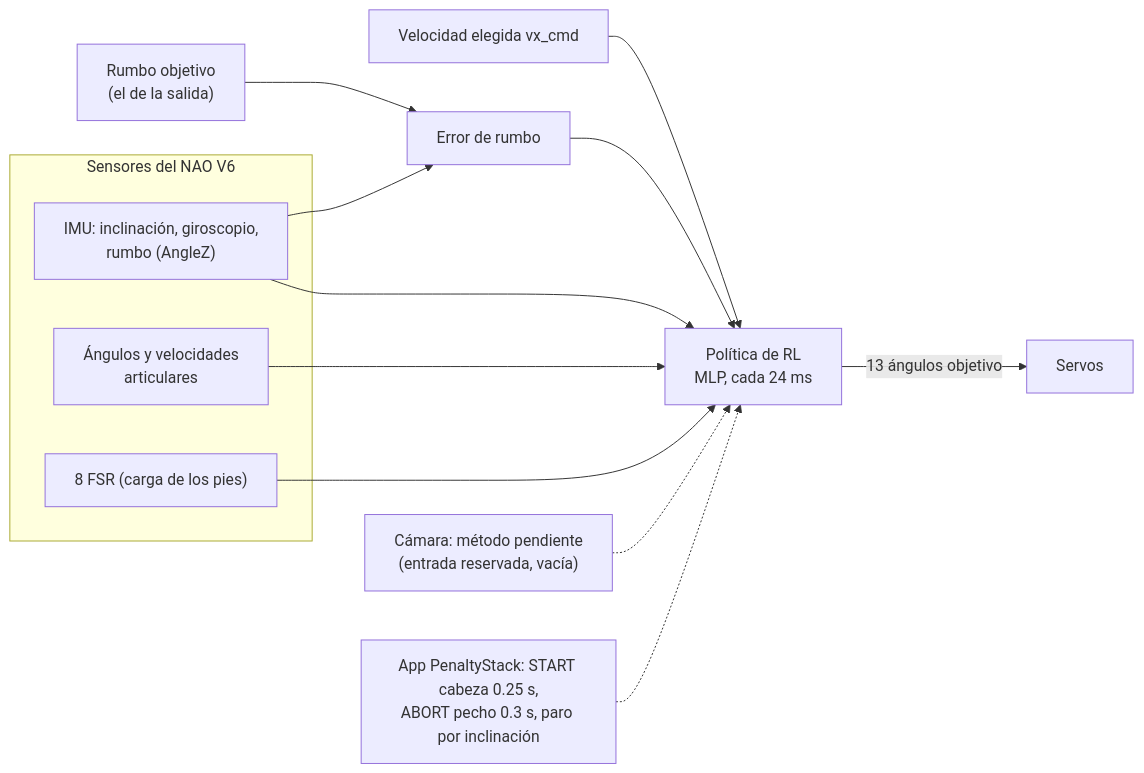
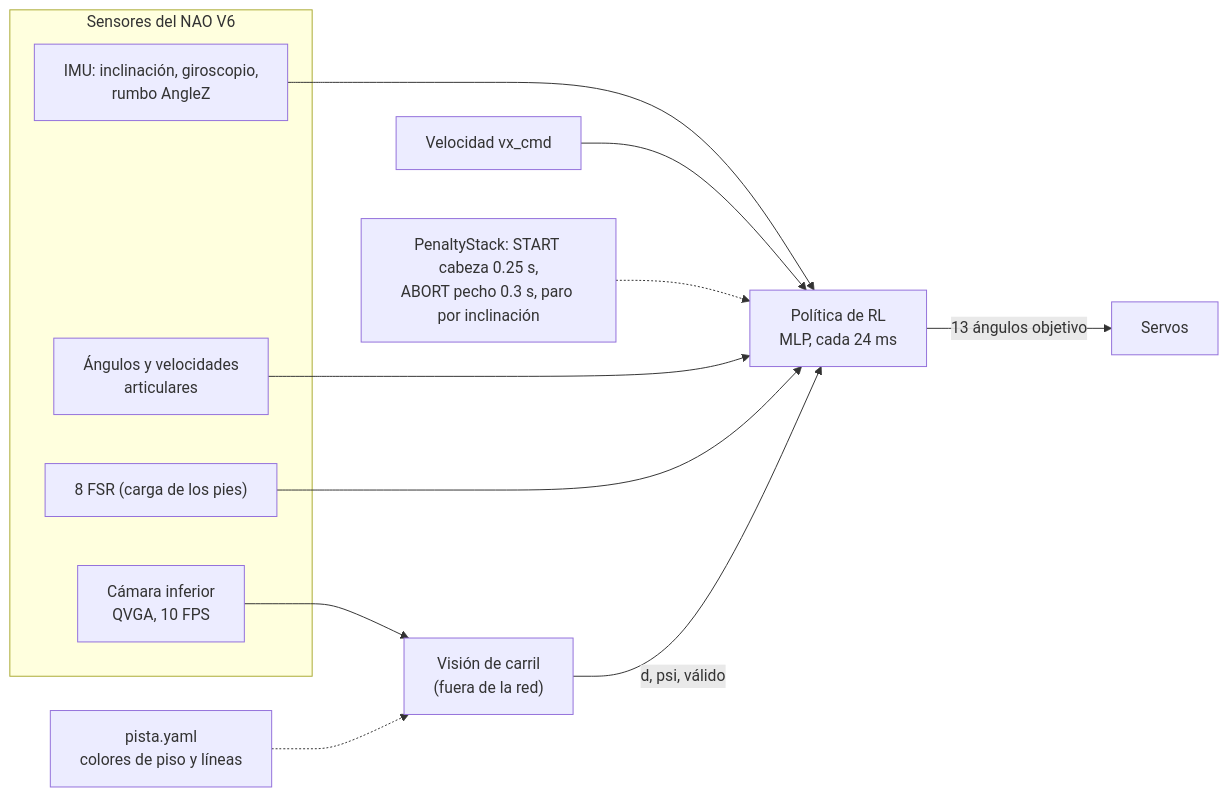
Before and after one commit to CamiloGomezB/NAO: the diagram in docs/plan_rl_carrera.md, drawn with Mermaid. The commit also changed other lines of this file and 5 other files, not shown here.

````diff
--- a/docs/plan_rl_carrera.md
+++ b/docs/plan_rl_carrera.md
@@ -125,17 +186,18 @@
 ```mermaid
 flowchart LR
     subgraph NAO["Sensores del NAO V6"]
-        IMU["IMU: inclinación, giroscopio,<br/>rumbo (AngleZ)"]
+        IMU["IMU: inclinación, giroscopio,<br/>rumbo AngleZ"]
         JNT["Ángulos y velocidades<br/>articulares"]
         FSR["8 FSR (carga de los pies)"]
+        CAM["Cámara inferior<br/>QVGA, 10 FPS"]
     end
-    CMD["Velocidad elegida vx_cmd"] --> POL
-    RUMBO["Rumbo objetivo<br/>(el de la salida)"] --> ERR["Error de rumbo"]
-    IMU --> ERR --> POL
+    CAM --> VIS["Visión de carril<br/>(fuera de la red)"]
+    PISTA["pista.yaml<br/>colores de piso y líneas"] -.-> VIS
+    VIS -- "d, psi, válido" --> POL
     IMU --> POL
     JNT --> POL
     FSR --> POL
+    CMD["Velocidad vx_cmd"] --> POL
     POL["Política de RL<br/>MLP, cada 24 ms"] -- "13 ángulos objetivo" --> SERVO["Servos"]
-    CAM["Cámara: método pendiente<br/>(entrada reservada, vacía)"] -.-> POL
-    APP["App PenaltyStack: START cabeza 0.25 s,<br/>ABORT pecho 0.3 s, paro por inclinación"] -.-> POL
+    APP["PenaltyStack: START cabeza 0.25 s,<br/>ABORT pecho 0.3 s, paro por inclinación"] -.-> POL
 ```
````
